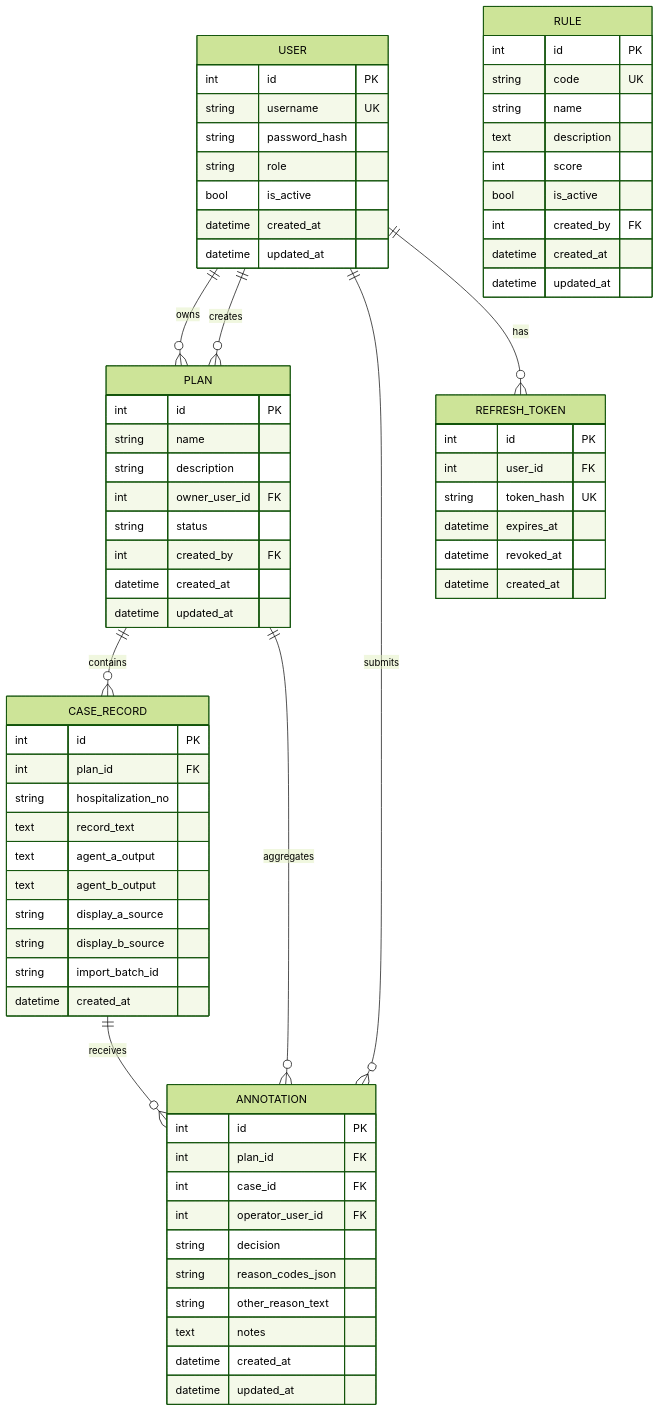
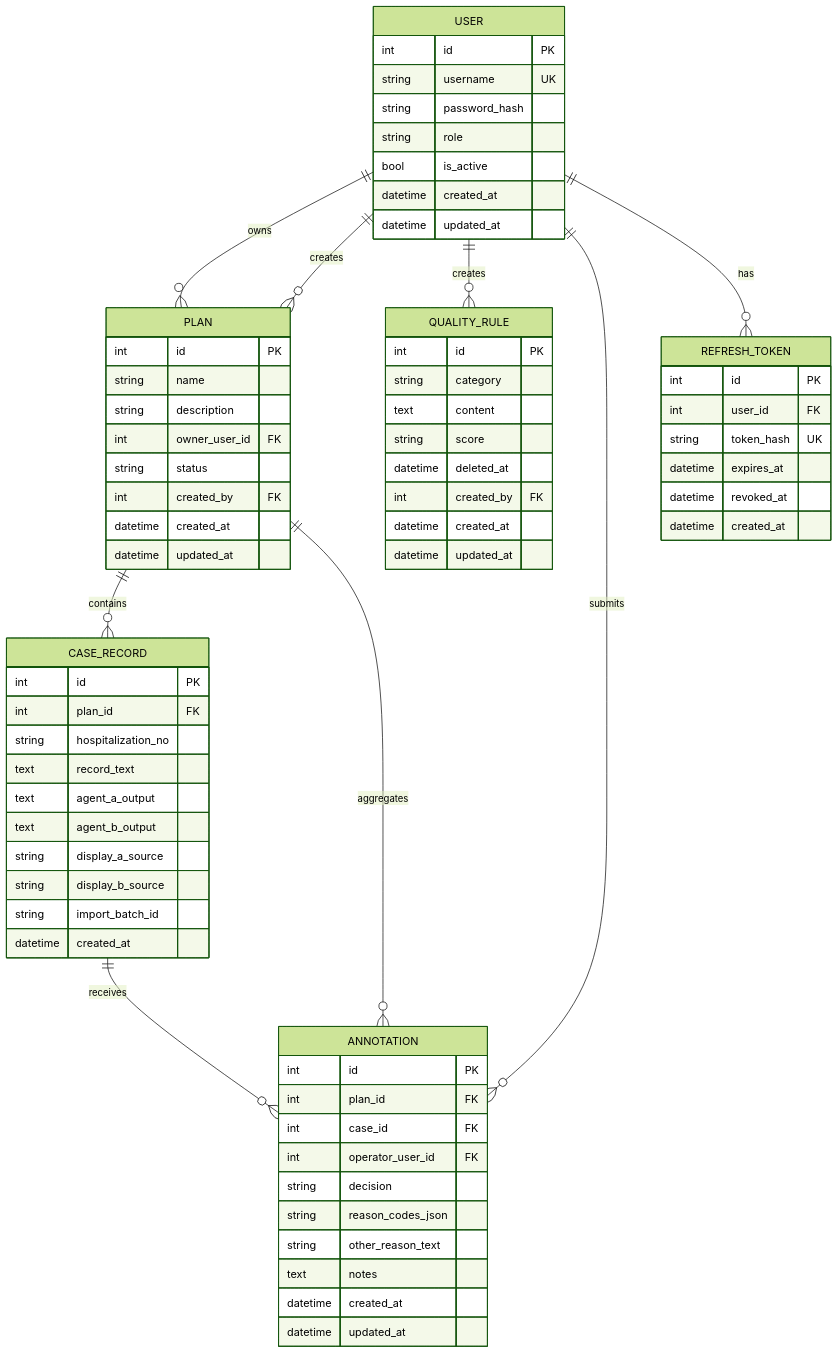
One commit to zhaoxiaowang1993/aicompare changed the fourth of 4 diagrams in openspec/specs/SPEC.md. Above: the diagram before and after it, drawn with Mermaid (forest theme). The commit also changed other lines of this file and 30 other files, not shown here.

````diff
--- a/openspec/specs/SPEC.md
+++ b/openspec/specs/SPEC.md
@@ -292,78 +293,78 @@
 ```mermaid
 erDiagram
   USER ||--o{ PLAN : owns
   USER ||--o{ PLAN : creates
+  USER ||--o{ QUALITY_RULE : creates
   PLAN ||--o{ CASE_RECORD : contains
   PLAN ||--o{ ANNOTATION : aggregates
   USER ||--o{ ANNOTATION : submits
   CASE_RECORD ||--o{ ANNOTATION : receives
   USER ||--o{ REFRESH_TOKEN : has
 
   USER {
     int id PK
     string username UK
     string password_hash
     string role
     bool is_active
     datetime created_at
     datetime updated_at
   }
 
   PLAN {
     int id PK
     string name
     string description
     int owner_user_id FK
     string status
     int created_by FK
     datetime created_at
     datetime updated_at
   }
 
   CASE_RECORD {
     int id PK
     int plan_id FK
     string hospitalization_no
     text record_text
     text agent_a_output
     text agent_b_output
     string display_a_source
     string display_b_source
     string import_batch_id
     datetime created_at
   }
 
   ANNOTATION {
     int id PK
     int plan_id FK
     int case_id FK
     int operator_user_id FK
     string decision
     string reason_codes_json
     string other_reason_text
     text notes
     datetime created_at
     datetime updated_at
   }
 
-  RULE {
+  QUALITY_RULE {
     int id PK
-    string code UK
-    string name
-    text description
-    int score
-    bool is_active
+    string category
+    text content
+    string score
+    datetime deleted_at
     int created_by FK
     datetime created_at
     datetime updated_at
   }
 
   REFRESH_TOKEN {
     int id PK
     int user_id FK
     string token_hash UK
     datetime expires_at
     datetime revoked_at
     datetime created_at
   }
 ```
````
